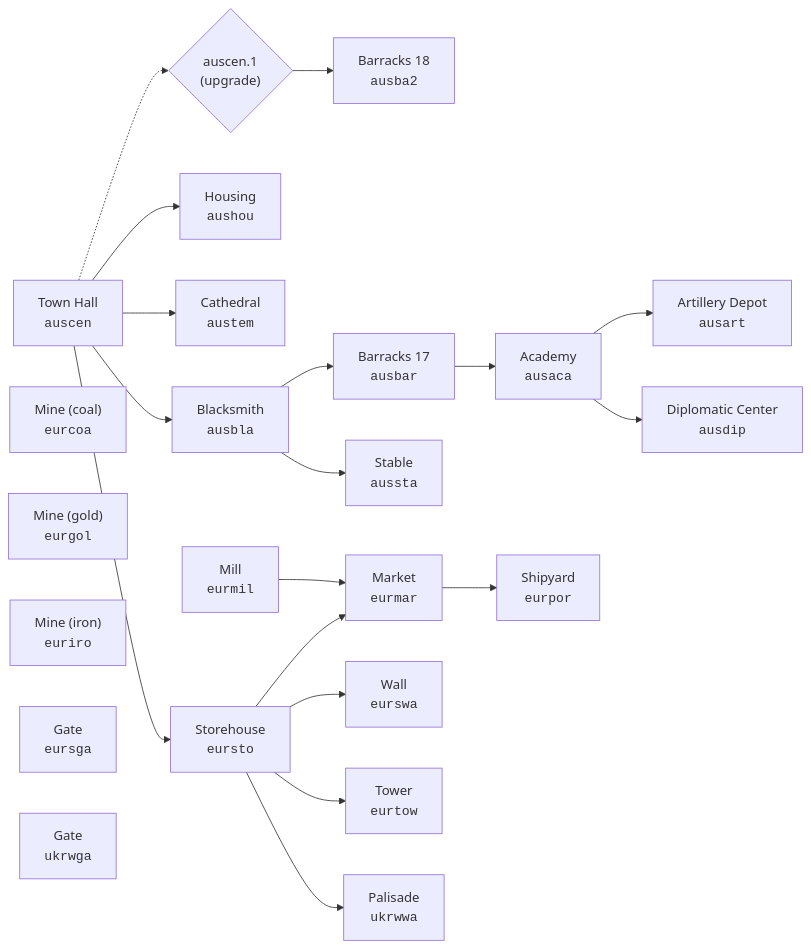
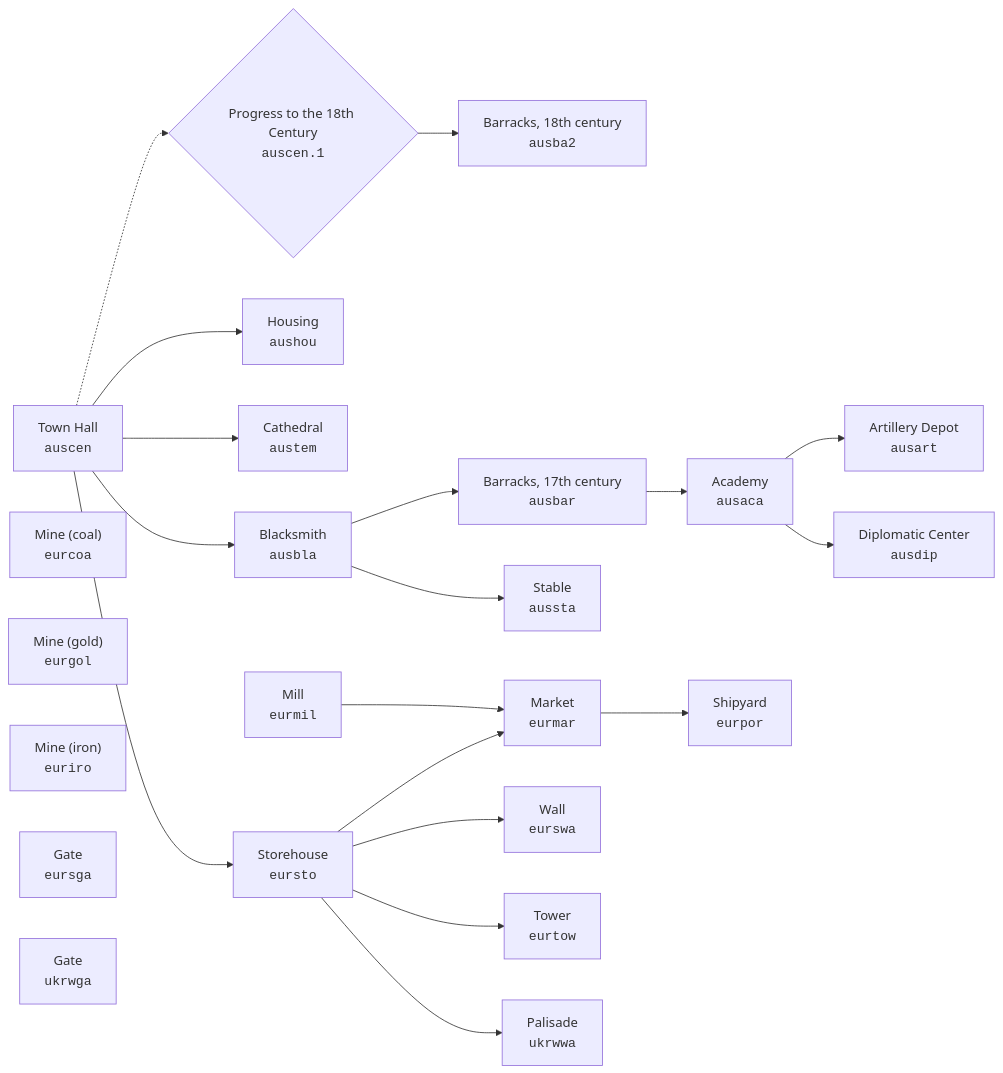
The diagram in docs_en/reports/tech/tech_tree.md (anyalink99/cossacks-3-almanac), drawn with Mermaid before and after one commit. The commit also changed other lines of this file and 246 other files, not shown here.

````diff
--- a/docs_en/reports/tech/tech_tree.md
+++ b/docs_en/reports/tech/tech_tree.md
@@ -19,43 +23,43 @@
 ```mermaid
 graph LR
     ausaca["Academy<br/><code>ausaca</code>"]
     ausart["Artillery Depot<br/><code>ausart</code>"]
-    ausba2["Barracks 18<br/><code>ausba2</code>"]
-    ausbar["Barracks 17<br/><code>ausbar</code>"]
+    ausba2["Barracks, 18th century<br/><code>ausba2</code>"]
+    ausbar["Barracks, 17th century<br/><code>ausbar</code>"]
     ausbla["Blacksmith<br/><code>ausbla</code>"]
     auscen["Town Hall<br/><code>auscen</code>"]
     ausdip["Diplomatic Center<br/><code>ausdip</code>"]
     aushou["Housing<br/><code>aushou</code>"]
     aussta["Stable<br/><code>aussta</code>"]
     austem["Cathedral<br/><code>austem</code>"]
     eurcoa["Mine (coal)<br/><code>eurcoa</code>"]
     eurgol["Mine (gold)<br/><code>eurgol</code>"]
     euriro["Mine (iron)<br/><code>euriro</code>"]
     eurmar["Market<br/><code>eurmar</code>"]
     eurmil["Mill<br/><code>eurmil</code>"]
     eurpor["Shipyard<br/><code>eurpor</code>"]
     eursga["Gate<br/><code>eursga</code>"]
     eursto["Storehouse<br/><code>eursto</code>"]
     eurswa["Wall<br/><code>eurswa</code>"]
     eurtow["Tower<br/><code>eurtow</code>"]
     ukrwga["Gate<br/><code>ukrwga</code>"]
     ukrwwa["Palisade<br/><code>ukrwwa</code>"]
     ausbar --> ausaca
     ausaca --> ausart
-    auscen_1{"auscen.1<br/>(upgrade)"}
+    auscen_1{"Progress to the 18th Century<br/><code>auscen.1</code>"}
     auscen_1 --> ausba2
     auscen -.-> auscen_1
     ausbla --> ausbar
     auscen --> ausbla
     ausaca --> ausdip
     auscen --> aushou
     ausbla --> aussta
     auscen --> austem
     eurmil --> eurmar
     eursto --> eurmar
     eurmar --> eurpor
     auscen --> eursto
     eursto --> eurswa
     eursto --> eurtow
     eursto --> ukrwwa
 ```
````
